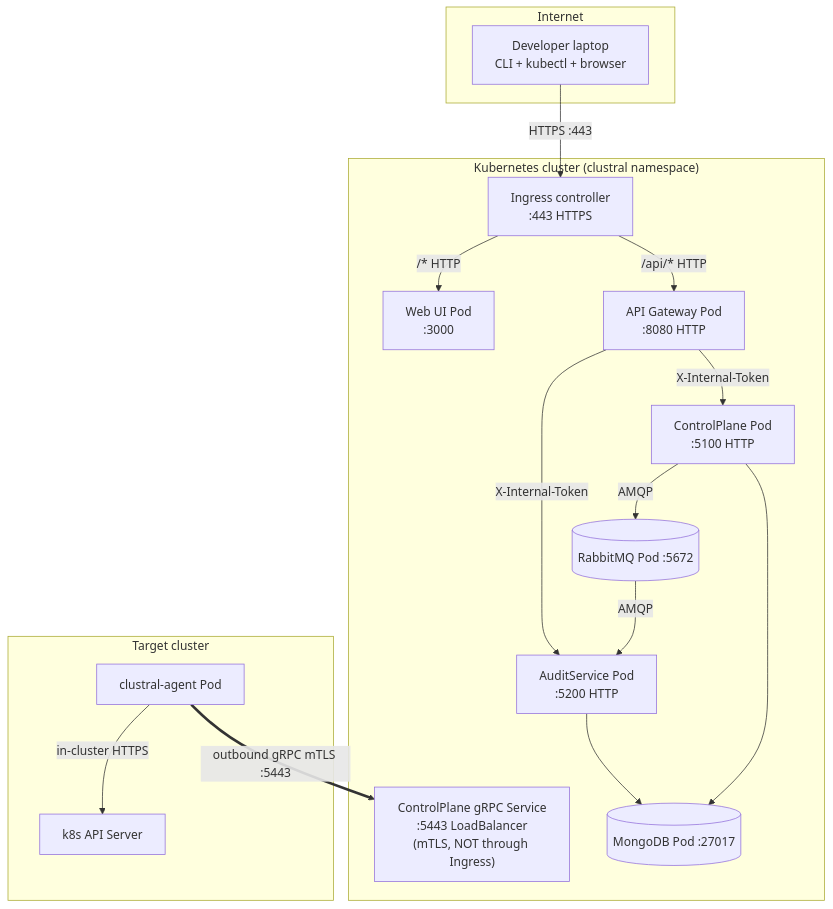
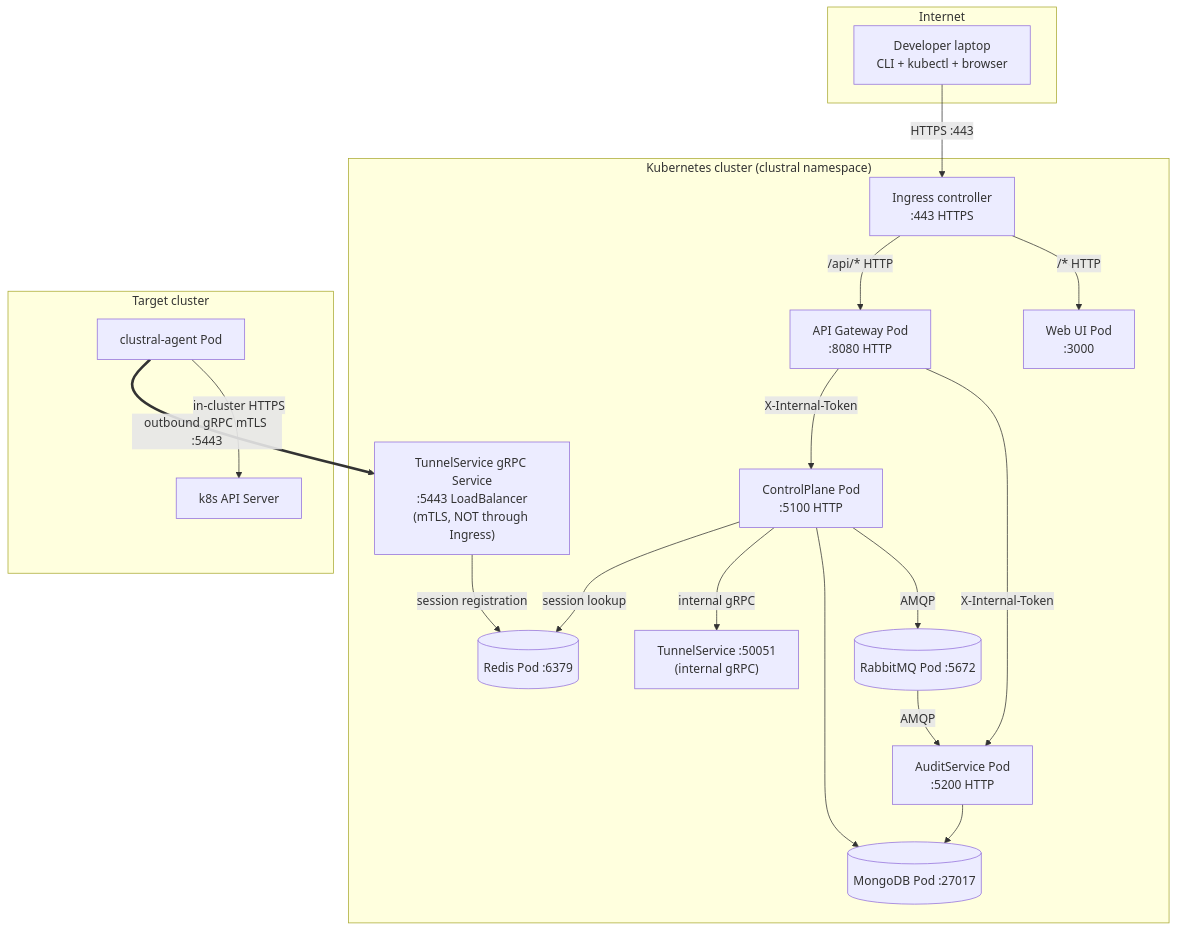
One commit to Clustral/clustral changed the second of 4 diagrams in docs-site/architecture/network-map.md. Above: the diagram before and after it, drawn with Mermaid. The commit also changed other lines of this file and 10 other files, not shown here.

First line of the commit message:
docs: update all diagrams + docs for TunnelService split (#4)

````diff
--- a/docs-site/architecture/network-map.md
+++ b/docs-site/architecture/network-map.md
@@ -79,34 +86,39 @@
 ```mermaid
 graph TB
     subgraph Internet
         USER[Developer laptop<br/>CLI + kubectl + browser]
     end
 
     subgraph "Kubernetes cluster (clustral namespace)"
         ING[Ingress controller<br/>:443 HTTPS]
         GW[API Gateway Pod<br/>:8080 HTTP]
         WEB[Web UI Pod<br/>:3000]
         CP_HTTP[ControlPlane Pod<br/>:5100 HTTP]
-        CP_GRPC_SVC["ControlPlane gRPC Service<br/>:5443 LoadBalancer<br/>(mTLS, NOT through Ingress)"]
+        TUNNEL_SVC["TunnelService gRPC Service<br/>:5443 LoadBalancer<br/>(mTLS, NOT through Ingress)"]
+        TUNNEL_INT["TunnelService :50051<br/>(internal gRPC)"]
+        REDIS[(Redis Pod :6379)]
         AUDIT[AuditService Pod<br/>:5200 HTTP]
         MONGO[(MongoDB Pod :27017)]
         MQ[(RabbitMQ Pod :5672)]
     end
 
     subgraph "Target cluster"
         AGENT[clustral-agent Pod]
         K8S[k8s API Server]
     end
 
     USER -- "HTTPS :443" --> ING
     ING -- "/api/* HTTP" --> GW
     ING -- "/* HTTP" --> WEB
     GW -- "X-Internal-Token" --> CP_HTTP
     GW -- "X-Internal-Token" --> AUDIT
+    CP_HTTP -- "session lookup" --> REDIS
+    CP_HTTP -- "internal gRPC" --> TUNNEL_INT
     CP_HTTP --> MONGO
     AUDIT --> MONGO
     CP_HTTP -- "AMQP" --> MQ
     MQ -- "AMQP" --> AUDIT
-    AGENT == "outbound gRPC mTLS :5443" ==> CP_GRPC_SVC
+    TUNNEL_SVC -- "session registration" --> REDIS
+    AGENT == "outbound gRPC mTLS :5443" ==> TUNNEL_SVC
     AGENT -- "in-cluster HTTPS" --> K8S
 ```
````
